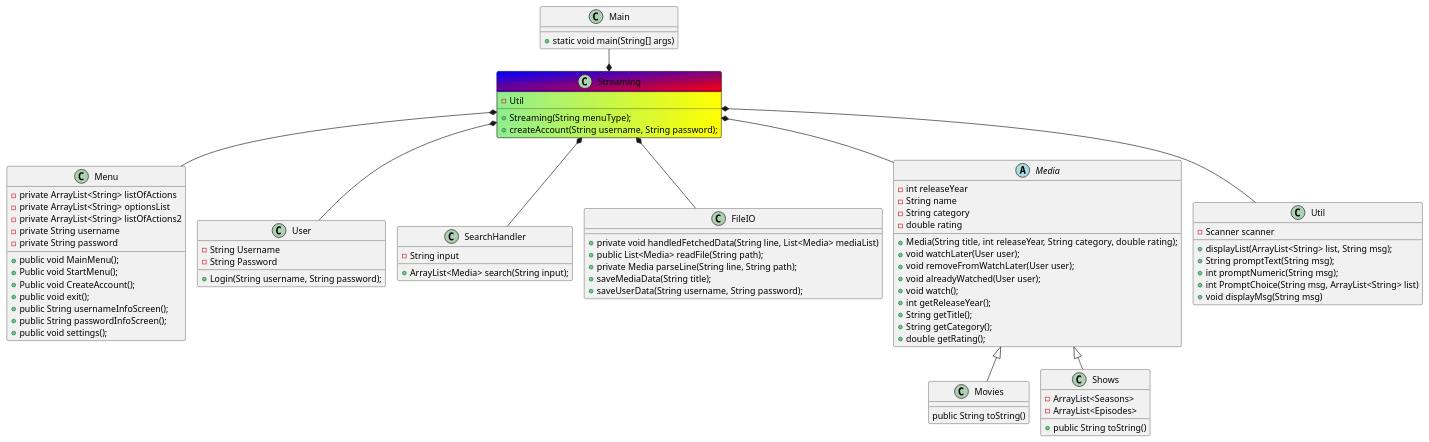
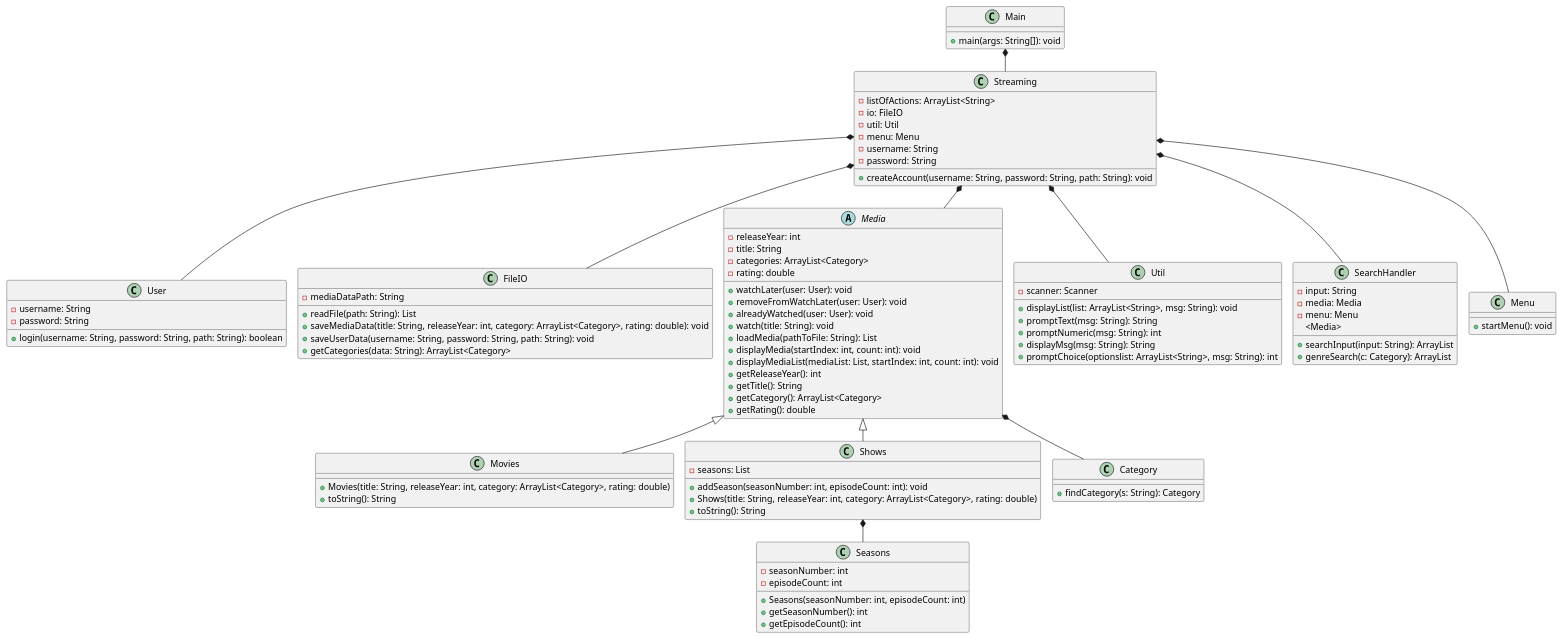
The diagram in out/production/SP3GruppeD/Docs/ClassDiagram.puml (ValdemarLarsen02/SP3GruppeD), drawn with PlantUML before and after one commit. The commit also changed 4 other files, not shown here.

```diff
--- a/out/production/SP3GruppeD/Docs/ClassDiagram.puml
+++ b/out/production/SP3GruppeD/Docs/ClassDiagram.puml
@@ -1,98 +1,111 @@
 @startuml
 !pragma layout smetana
 
-Class Main{
-+static void main(String[] args)
+class User {
+    - username: String
+    - password: String
+    + login(username: String, password: String, path: String): boolean
 }
 
-Class Menu{
- - private ArrayList<String> listOfActions
- - private ArrayList<String> optionsList
- - private ArrayList<String> listOfActions2
- - private String username
- - private String password
- + public void MainMenu();
- + Public void StartMenu();
- + Public void CreateAccount();
- + public void exit();
- + public String usernameInfoScreen();
- + public String passwordInfoScreen();
- + public void settings();
+class FileIO {
+    - mediaDataPath: String
+    + readFile(path: String): List
+    + saveMediaData(title: String, releaseYear: int, category: ArrayList<Category>, rating: double): void
+    + saveUserData(username: String, password: String, path: String): void
+    + getCategories(data: String): ArrayList<Category>
 }
 
-
-
-Class Streaming #back:lightgreen|yellow;header:blue/red {
-    -Util
-    + Streaming(String menuType);
-    + createAccount(String username, String password);
+abstract class Media {
+    - releaseYear: int
+    - title: String
+    - categories: ArrayList<Category>
+    - rating: double
+    + watchLater(user: User): void
+    + removeFromWatchLater(user: User): void
+    + alreadyWatched(user: User): void
+    + watch(title: String): void
+    + loadMedia(pathToFile: String): List
+    + displayMedia(startIndex: int, count: int): void
+    + displayMediaList(mediaList: List, startIndex: int, count: int): void
+    + getReleaseYear(): int
+    + getTitle(): String
+    + getCategory(): ArrayList<Category>
+    + getRating(): double
 }
 
-Class User{
-- String Username
-- String Password
-+ Login(String username, String password);
+class Movies {
+    + Movies(title: String, releaseYear: int, category: ArrayList<Category>, rating: double)
+    + toString(): String
 }
 
-Class SearchHandler {
-- String input
-+ ArrayList<Media> search(String input);
-
+class Shows {
+    - seasons: List
+    + addSeason(seasonNumber: int, episodeCount: int): void
+    + Shows(title: String, releaseYear: int, category: ArrayList<Category>, rating: double)
+    + toString(): String
 }
 
-Class FileIO{
-+ private void handledFetchedData(String line, List<Media> mediaList)
-+ public List<Media> readFile(String path);
-+ private Media parseLine(String line, String path);
-+ saveMediaData(String title);
-+ saveUserData(String username, String password);
+class Category {
+
+    + findCategory(s: String): Category
 }
 
-Abstract Media{
-- int releaseYear
-- String name
-- String category
-- double rating
-+ Media(String title, int releaseYear, String category, double rating);
-+ void watchLater(User user);
-+ void removeFromWatchLater(User user);
-+ void alreadyWatched(User user);
-+ void watch();
-+ int getReleaseYear();
-+ String getTitle();
-+ String getCategory();
-+ double getRating();
+class Util {
+    - scanner: Scanner
+    + displayList(list: ArrayList<String>, msg: String): void
+    + promptText(msg: String): String
+    + promptNumeric(msg: String): int
+    + displayMsg(msg: String): String
+    + promptChoice(optionslist: ArrayList<String>, msg: String): int
 }
 
-Class Util{
-- Scanner scanner
-+ displayList(ArrayList<String> list, String msg);
-+ String promptText(String msg);
-+ int promptNumeric(String msg);
-+ int PromptChoice(String msg, ArrayList<String> list)
-+ void displayMsg(String msg)
+class SearchHandler {
+    - input: String
+    - media: Media
+    - menu: Menu
+    + searchInput(input: String): ArrayList
+    <Media>
+    + genreSearch(c: Category): ArrayList
 }
 
-Class Movies{
-public String toString()
+class Streaming {
+    - listOfActions: ArrayList<String>
+    - io: FileIO
+    - util: Util
+    - menu: Menu
+    - username: String
+    - password: String
+    + createAccount(username: String, password: String, path: String): void
 }
 
-Class Shows{
-- ArrayList<Seasons>
-- ArrayList<Episodes>
-+ public String toString()
+class Seasons {
+    - seasonNumber: int
+    - episodeCount: int
+    + Seasons(seasonNumber: int, episodeCount: int)
+    + getSeasonNumber(): int
+    + getEpisodeCount(): int
 }
 
-Main --* Streaming
+class Main {
+    + main(args: String[]): void
+}
+
+class Menu {
+    + startMenu(): void
+}
+
+Main *-- Streaming
 Streaming *-- User
 Streaming *-- FileIO
 Streaming *-- Menu
 Streaming *-- Media
 Media <|-- Movies
 Media <|-- Shows
+Media *-- Category
+Shows *-- Seasons
 Streaming *-- SearchHandler
 Streaming *-- Util
 
 
 
 @enduml
```
